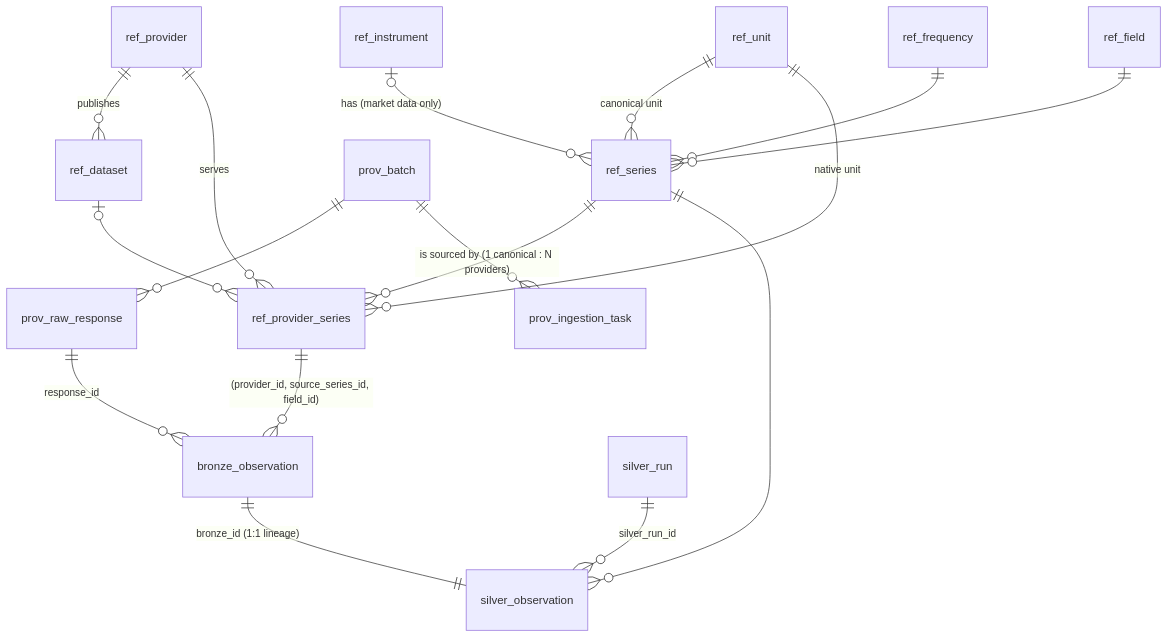
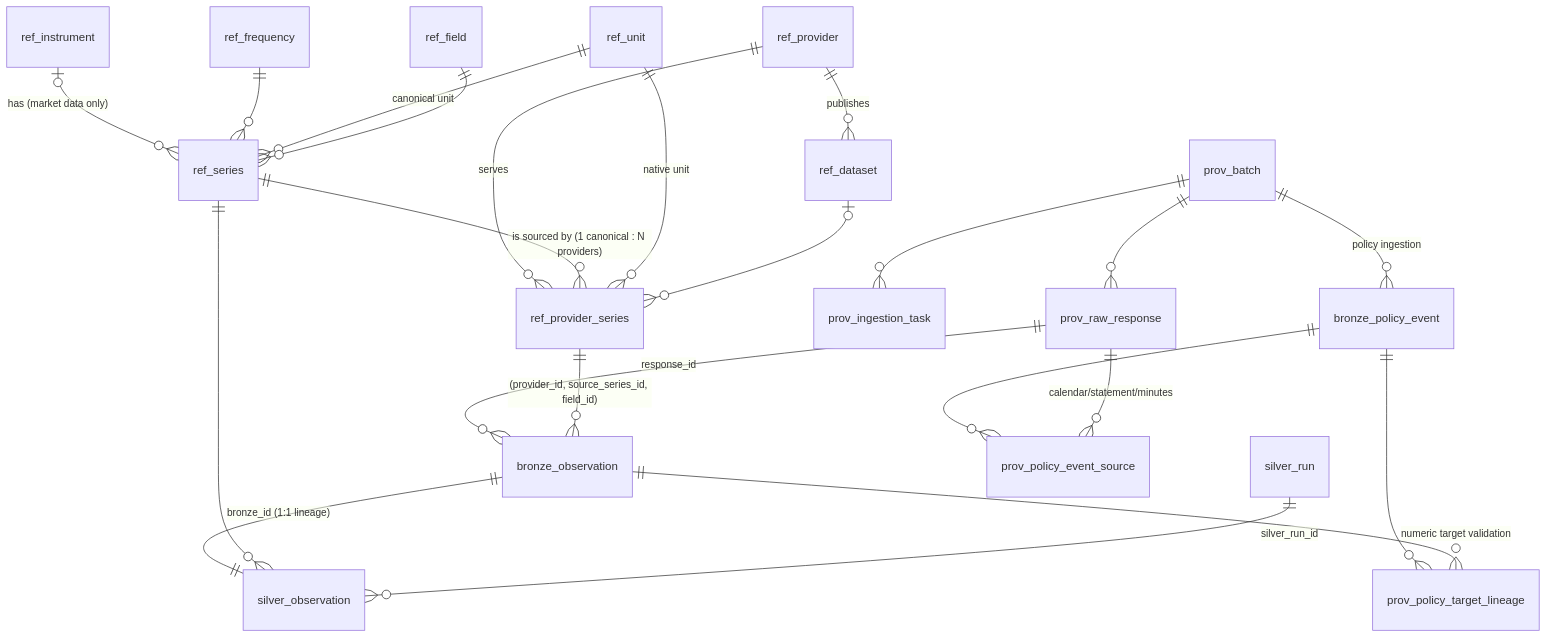
One commit to YaoSunHello/Trading-Global-Macro-Markets changed the diagram in docs/SCHEMA.md. Above: the diagram before and after it, drawn with Mermaid. The commit also changed other lines of this file and 89 other files, not shown here.

````diff
--- a/docs/SCHEMA.md
+++ b/docs/SCHEMA.md
@@ -7,19 +7,24 @@
 ```mermaid
 erDiagram
     ref_provider ||--o{ ref_dataset : "publishes"
     ref_provider ||--o{ ref_provider_series : "serves"
     ref_series   ||--o{ ref_provider_series : "is sourced by (1 canonical : N providers)"
     ref_instrument |o--o{ ref_series : "has (market data only)"
     ref_frequency ||--o{ ref_series : ""
     ref_unit     ||--o{ ref_series : "canonical unit"
     ref_unit     ||--o{ ref_provider_series : "native unit"
     ref_field    ||--o{ ref_series : ""
     ref_dataset  |o--o{ ref_provider_series : ""
     prov_batch   ||--o{ prov_raw_response : ""
     prov_batch   ||--o{ prov_ingestion_task : ""
     prov_raw_response ||--o{ bronze_observation : "response_id"
     ref_provider_series ||--o{ bronze_observation : "(provider_id, source_series_id, field_id)"
     bronze_observation ||--|| silver_observation : "bronze_id (1:1 lineage)"
     ref_series   ||--o{ silver_observation : ""
     silver_run   ||--o{ silver_observation : "silver_run_id"
+    prov_batch ||--o{ bronze_policy_event : "policy ingestion"
+    bronze_policy_event ||--o{ prov_policy_event_source : ""
+    prov_raw_response ||--o{ prov_policy_event_source : "calendar/statement/minutes"
+    bronze_policy_event ||--o{ prov_policy_target_lineage : ""
+    bronze_observation ||--o{ prov_policy_target_lineage : "numeric target validation"
 ```
````
